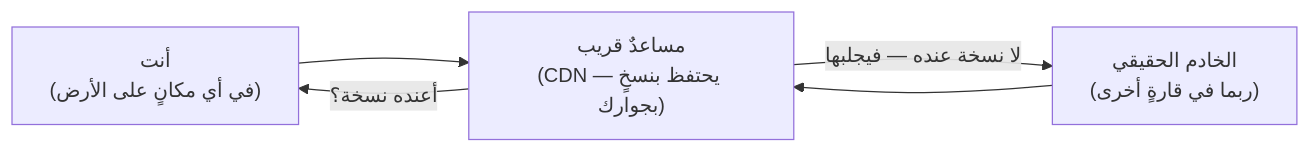
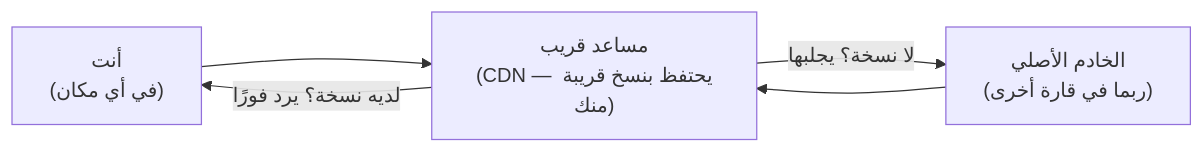
The second of 7 diagrams in modules/00-foundations/foundations.ar.md (Tamoura/system-design-for-vibe-coders), drawn with Mermaid before and after one commit. The commit also changed other lines of this file and 5 other files, not shown here.

````diff
--- a/modules/00-foundations/foundations.ar.md
+++ b/modules/00-foundations/foundations.ar.md
@@ -44,7 +44,7 @@
 ```mermaid
 flowchart LR
-    Y["أنت<br/>(في أي مكانٍ على الأرض)"] --> C["مساعدٌ قريب<br/>(CDN — يحتفظ بنسخٍ بجوارك)"]
-    C -->|"أعنده نسخة؟"| Y
-    C -->|"لا نسخة عنده — فيجلبها"| S["الخادم الحقيقي<br/>(ربما في قارةٍ أخرى)"]
+    Y["أنت<br/>(في أي مكان)"] --> C["مساعد قريب<br/>(CDN — يحتفظ بنسخ قريبة منك)"]
+    C -->|"لديه نسخة؟ يرد فورًا"| Y
+    C -->|"لا نسخة؟ يجلبها"| S["الخادم الأصلي<br/>(ربما في قارة أخرى)"]
     S --> C
 ```
````
